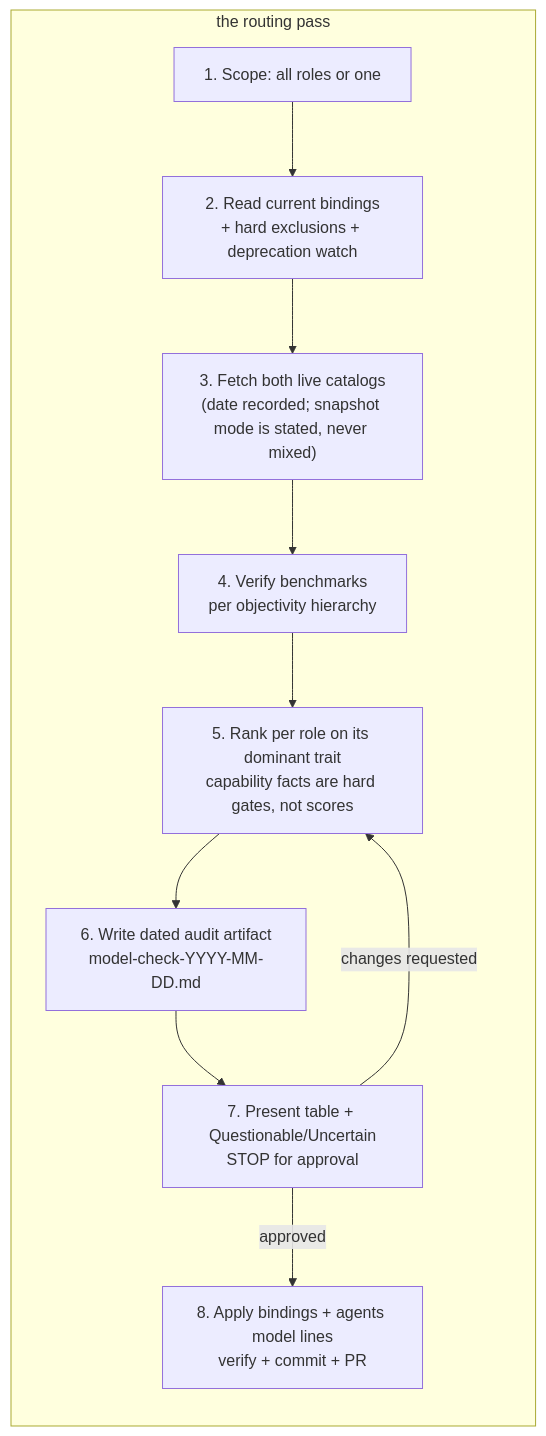
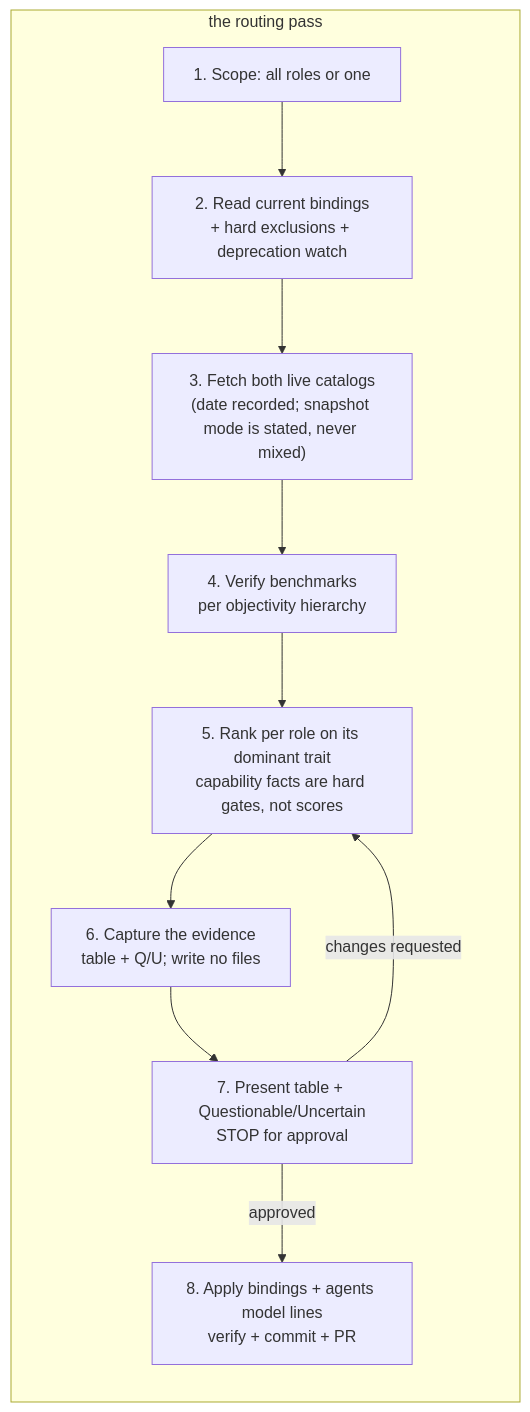
One commit to hierovision/ai-framework changed the eighth of 13 diagrams in docs/CONCEPTS.md. Above: the diagram before and after it, drawn with Mermaid. The commit also changed other lines of this file and 9 other files, not shown here.

````diff
--- a/docs/CONCEPTS.md
+++ b/docs/CONCEPTS.md
@@ -431,14 +431,14 @@
 ```mermaid
 flowchart TB
     subgraph PASS["the routing pass"]
         direction TB
         A["1. Scope: all roles or one"] --> B["2. Read current bindings<br/>+ hard exclusions + deprecation watch"]
         B --> C["3. Fetch both live catalogs<br/>(date recorded; snapshot mode is stated, never mixed)"]
         C --> D["4. Verify benchmarks<br/>per objectivity hierarchy"]
         D --> E["5. Rank per role on its dominant trait<br/>capability facts are hard gates, not scores"]
-        E --> F["6. Write dated audit artifact<br/>model-check-YYYY-MM-DD.md"]
+        E --> F["6. Capture the evidence<br/>table + Q/U; write no files"]
         F --> G["7. Present table + Questionable/Uncertain<br/>STOP for approval"]
         G -->|approved| H["8. Apply bindings + agents model lines<br/>verify + commit + PR"]
         G -->|changes requested| E
     end
 ```
````
